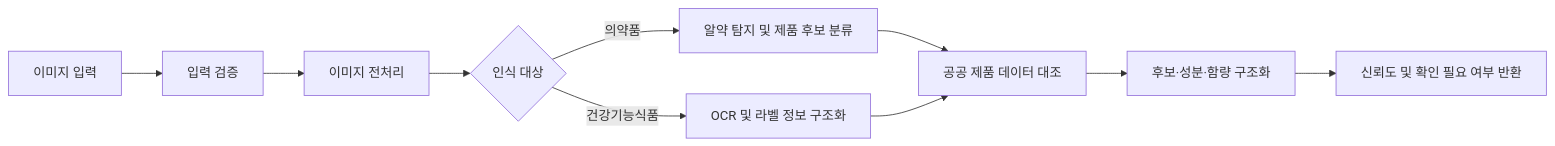
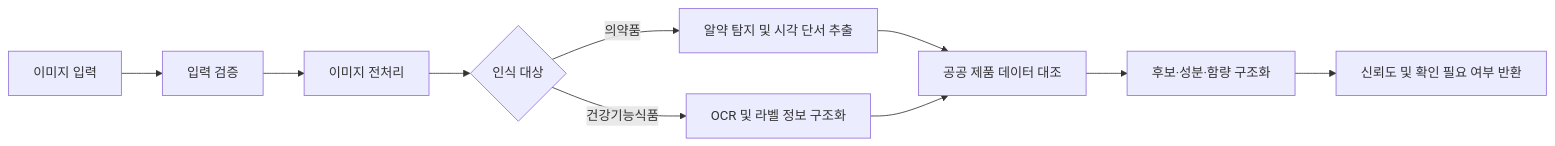
One commit to iccas6-click/ai changed the first of 3 diagrams in README.md. Above: the diagram before and after it, drawn with Mermaid. The commit also changed other lines of this file and 44 other files, not shown here.

````diff
--- a/README.md
+++ b/README.md
@@ -48,12 +50,12 @@
 ```mermaid
 flowchart LR
     A["이미지 입력"] --> B["입력 검증"]
     B --> C["이미지 전처리"]
     C --> D{"인식 대상"}
-    D -->|"의약품"| E["알약 탐지 및 제품 후보 분류"]
+    D -->|"의약품"| E["알약 탐지 및 시각 단서 추출"]
     D -->|"건강기능식품"| F["OCR 및 라벨 정보 구조화"]
     E --> G["공공 제품 데이터 대조"]
     F --> G
     G --> H["후보·성분·함량 구조화"]
     H --> I["신뢰도 및 확인 필요 여부 반환"]
 ```
````
